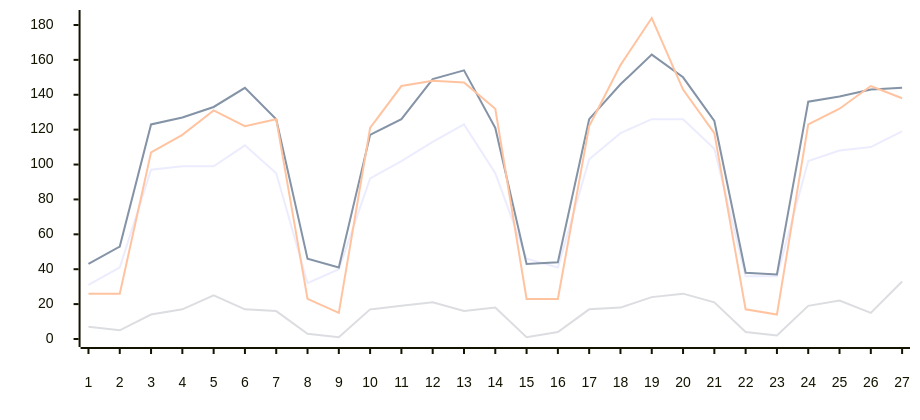
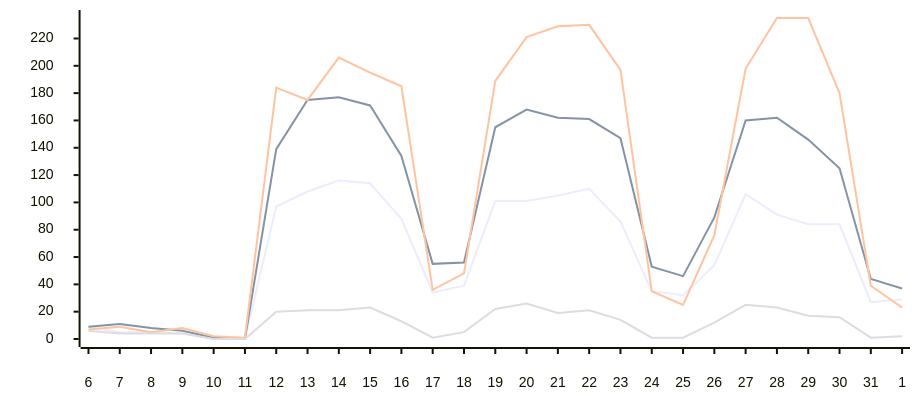
The second of 11 diagrams in __tests__/mock/sample-output.md (austenstone/copilot-usage), drawn with Mermaid before and after one commit. The commit also changed other lines of this file and 6 other files, not shown here.

````diff
--- a/__tests__/mock/sample-output.md
+++ b/__tests__/mock/sample-output.md
@@ -30,23 +30,23 @@
 ```mermaid
 ---
 config:
     xyChart:
         width: 900
         height: 400
         xAxis:
             labelPadding: 20
         yAxis:
             labelPadding: 20
     themeVariables:
         xyChart:
             backgroundColor: "transparent"
 ---
 xychart-beta
 
-  x-axis  [1, 2, 3, 4, 5, 6, 7, 8, 9, 10, 11, 12, 13, 14, 15, 16, 17, 18, 19, 20, 21, 22, 23, 24, 25, 26, 27]
-  y-axis  0 --> 184
-line  [31, 41, 97, 99, 99, 111, 95, 32, 40, 92, 102, 113, 123, 95, 46, 41, 103, 118, 126, 126, 109, 36, 36, 102, 108, 110, 119]
-line  [43, 53, 123, 127, 133, 144, 126, 46, 41, 117, 126, 149, 154, 121, 43, 44, 126, 146, 163, 150, 125, 38, 37, 136, 139, 143, 144]
-line  [26, 26, 107, 117, 131, 122, 126, 23, 15, 121, 145, 148, 147, 132, 23, 23, 122, 157, 184, 143, 118, 17, 14, 123, 132, 145, 138]
-line  [7, 5, 14, 17, 25, 17, 16, 3, 1, 17, 19, 21, 16, 18, 1, 4, 17, 18, 24, 26, 21, 4, 2, 19, 22, 15, 33]
+  x-axis  [6, 7, 8, 9, 10, 11, 12, 13, 14, 15, 16, 17, 18, 19, 20, 21, 22, 23, 24, 25, 26, 27, 28, 29, 30, 31, 1]
+  y-axis  0 --> 235
+line  [9, 5, 5, 4, 0, 0, 97, 108, 116, 114, 88, 34, 39, 101, 101, 105, 110, 86, 35, 32, 54, 106, 91, 84, 84, 27, 29]
+line  [9, 11, 8, 6, 1, 0, 139, 175, 177, 171, 134, 55, 56, 155, 168, 162, 161, 147, 53, 46, 89, 160, 162, 146, 125, 44, 37]
+line  [7, 9, 5, 8, 2, 1, 184, 175, 206, 195, 185, 36, 48, 189, 221, 229, 230, 197, 35, 25, 76, 198, 235, 235, 180, 39, 23]
+line  [6, 4, 4, 4, 0, 0, 20, 21, 21, 23, 13, 1, 5, 22, 26, 19, 21, 14, 1, 1, 12, 25, 23, 17, 16, 1, 2]
 ```
````
